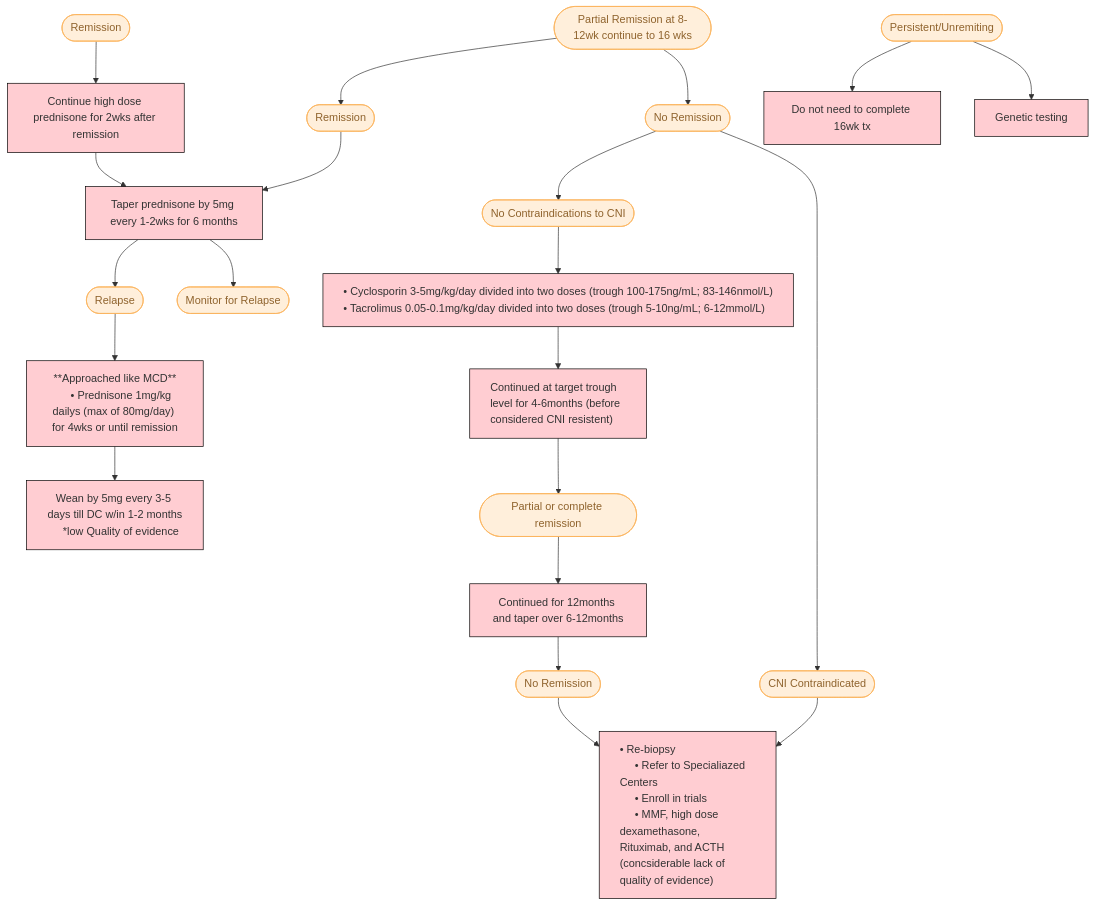
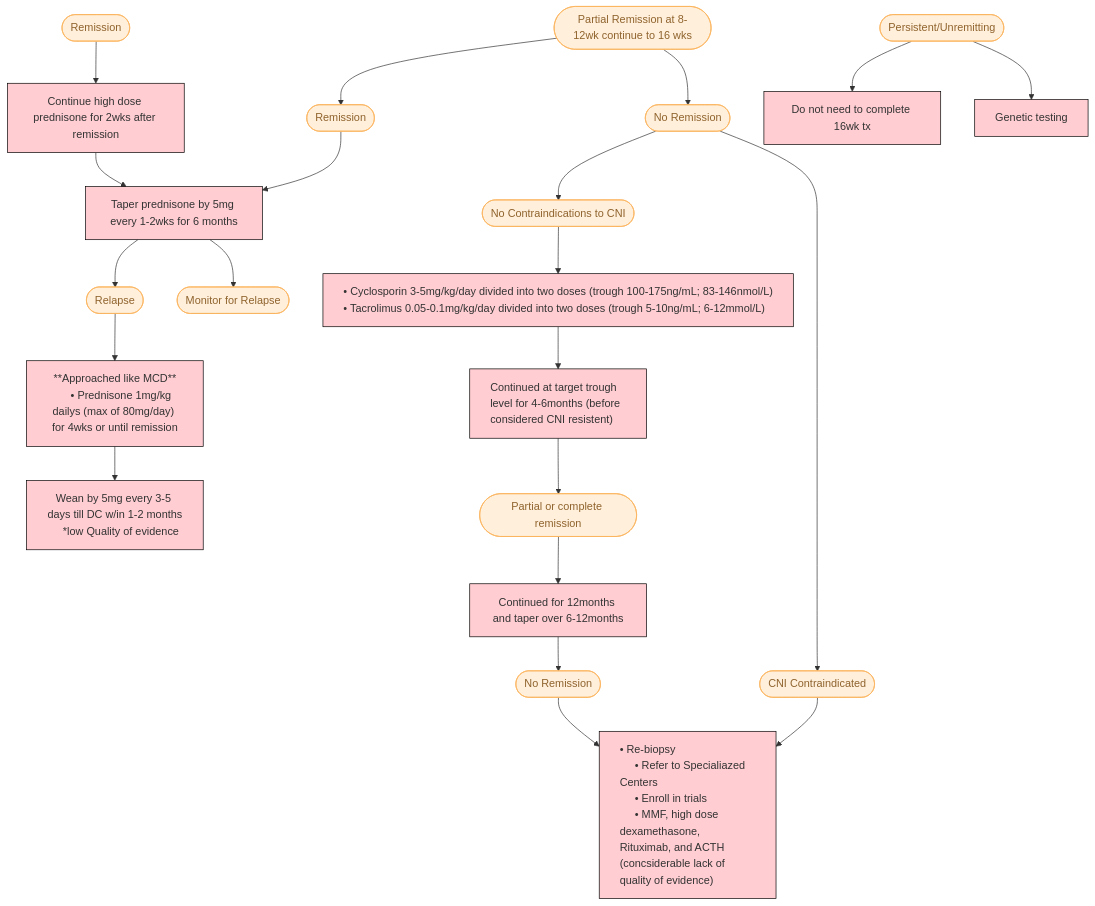
One commit to TTUNEPH2025/GN changed the third of 3 diagrams in docs/FSGS.md. Above: the diagram before and after it, drawn with Mermaid. The commit also changed other lines of this file, not shown here.

````diff
--- a/docs/FSGS.md
+++ b/docs/FSGS.md
@@ -144,49 +144,49 @@
 ```mermaid
 flowchart TD
     n6["Continue high dose prednisone for 2wks after remission"] --> n7["Taper prednisone by 5mg every 1-2wks for 6 months"]
     n7 --> n8(["Relapse"]) & n9(["Monitor for Relapse"])
     n8 --> n10["**Approached like MCD**
      • Prednisone 1mg/kg dailys (max of 80mg/day) for 4wks or until remission"]
     n10 --> n11["Wean by 5mg every 3-5 days till DC w/in 1-2 months
     *low Quality of evidence"]
     n12(["Partial Remission at 8-12wk continue to 16 wks"]) --> n13(["Remission"]) & n14(["No Remission"])
     n13 --> n7
     n14 --> n21(["CNI Contraindicated"]) & n28(["No Contraindications to CNI"])
     n15["• Cyclosporin 3-5mg/kg/day divided into two doses (trough 100-175ng/mL; 83-146nmol/L)
      • Tacrolimus 0.05-0.1mg/kg/day divided into two doses (trough 5-10ng/mL; 6-12mmol/L)"] --> n16["Continued at target trough level for 4-6months (before considered CNI resistent)"]
     n16 --> n17(["Partial or complete remission"])
     n17 --> n18["Continued for 12months and taper over 6-12months"]
     n18 --> n19(["No Remission"])
     n19 --> n20["• Re-biopsy
      • Refer to Specialiazed Centers
      • Enroll in trials
      • MMF, high dose dexamethasone, Rituximab, and ACTH (concsiderable lack of quality of evidence)"]
     n21 --> n20
-    n22(["Persistent/Unremiting"]) --> n30["Do not need to complete 16wk tx"] & n23["Genetic testing"]
+    n22(["Persistent/Unremitting"]) --> n30["Do not need to complete 16wk tx"] & n23["Genetic testing"]
     n28 --> n15
     n29(["Remission"]) --> n6
      n8:::Peach
      n9:::Peach
      n12:::Peach
      n13:::Peach
      n14:::Peach
      n21:::Peach
      n28:::Peach
      n17:::Peach
      n19:::Peach
      n22:::Peach
      n23:::Class_01
      n29:::Peach
     classDef Peach stroke-width:1px, stroke-dasharray:none, stroke:#FBB35A, fill:#FFEFDB, color:#8F632D
     classDef Class_01 fill:#FFCDD2
     style n6 fill:#FFCDD2,stroke:#000000
     style n7 fill:#FFCDD2,stroke:#000000
     style n10 fill:#FFCDD2,stroke:#000000
     style n11 fill:#FFCDD2,stroke:#000000
     style n15 fill:#FFCDD2,stroke:#000000,text-align:left,white-space:nowrap
     style n16 fill:#FFCDD2,stroke:#000000,text-align:left
     style n18 fill:#FFCDD2,stroke:#000000
     style n20 fill:#FFCDD2,stroke:#000000,text-align:left
     style n30 fill:#FFCDD2,stroke:#000000
     style n23 stroke:#000000
 ```
````
